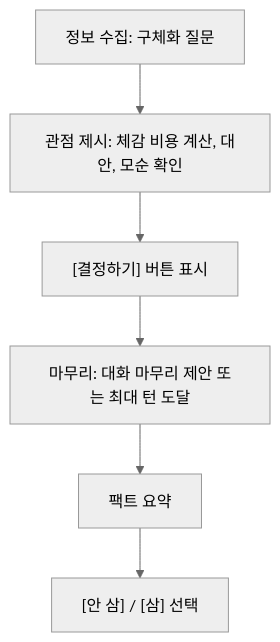
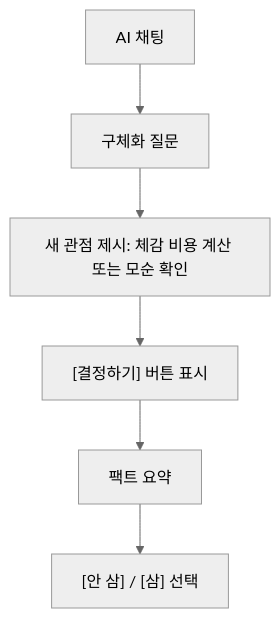
One commit to web-ppu/cooling-off changed the diagram in docs/engineering/ai-prompt-v1.md. Above: the diagram before and after it, drawn with Mermaid (neutral theme). The commit also changed other lines of this file, not shown here.

````diff
--- a/docs/engineering/ai-prompt-v1.md
+++ b/docs/engineering/ai-prompt-v1.md
@@ -78,8 +79,8 @@
 ```mermaid
 flowchart TD
-  Gather["정보 수집: 구체화 질문"] --> Perspective["관점 제시: 체감 비용 계산, 대안, 모순 확인"]
-  Perspective --> Button["[결정하기] 버튼 표시"]
-  Button --> Closing["마무리: 대화 마무리 제안 또는 최대 턴 도달"]
-  Closing --> Summary["팩트 요약"]
+  Chat["AI 채팅"] --> Question["구체화 질문"]
+  Question --> Viewpoint["새 관점 제시: 체감 비용 계산 또는 모순 확인"]
+  Viewpoint --> Button["[결정하기] 버튼 표시"]
+  Button --> Summary["팩트 요약"]
   Summary --> Choice["[안 삼] / [삼] 선택"]
 ```
````
